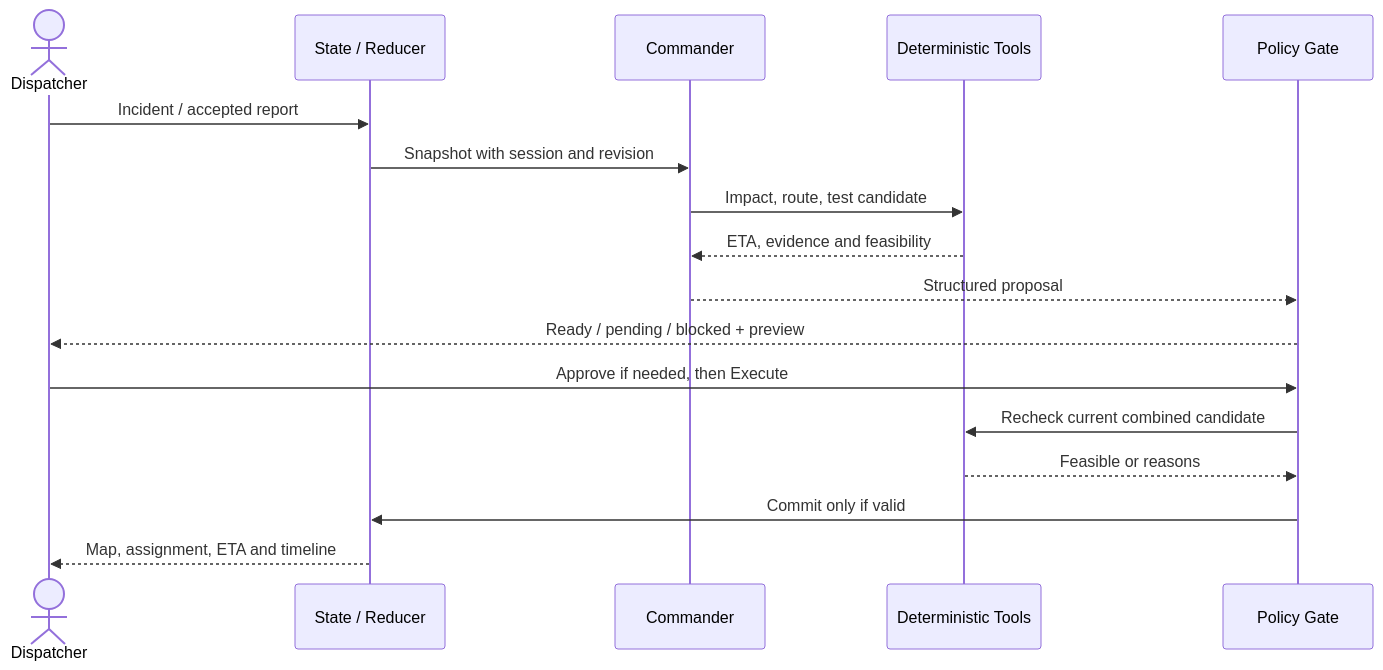
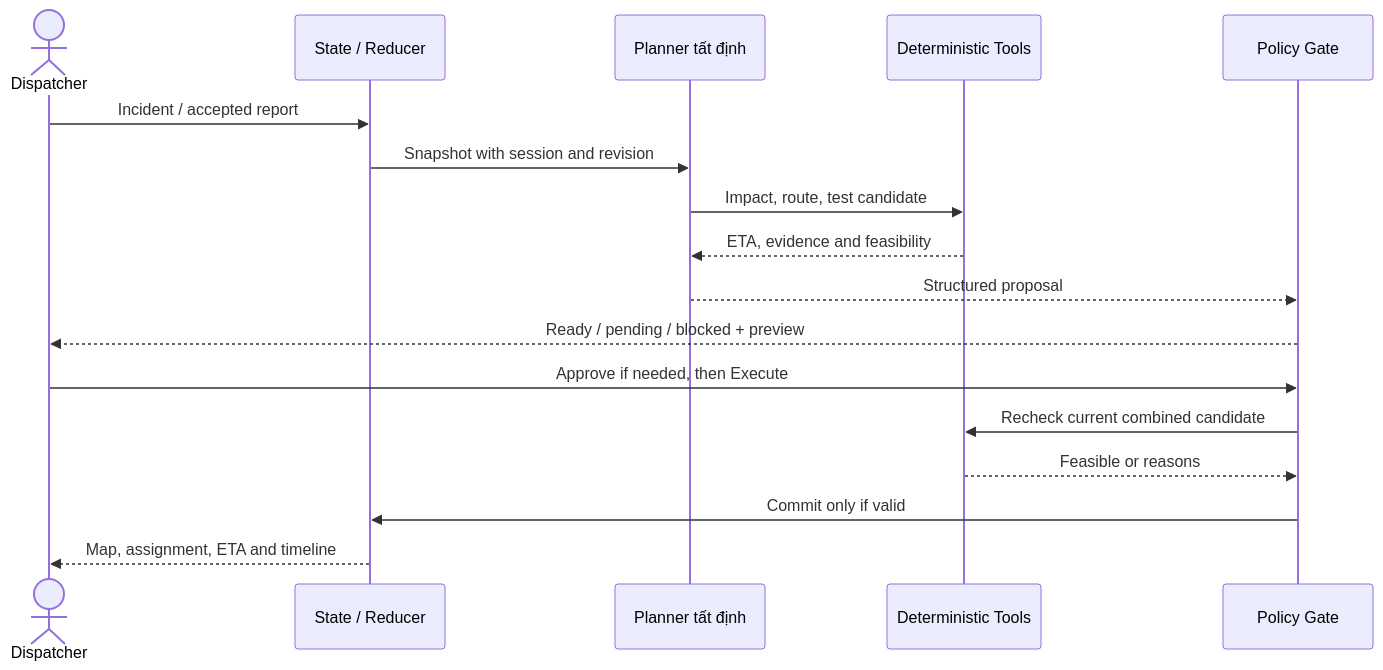
One commit to mncuchiinhuttt/floodops-application changed the seventh of 10 diagrams in FloodOps/prd.md. Above: the diagram before and after it, drawn with Mermaid. The commit also changed other lines of this file and 16 other files, not shown here.

````diff
--- a/FloodOps/prd.md
+++ b/FloodOps/prd.md
@@ -521,19 +683,19 @@
 ```mermaid
 sequenceDiagram
     actor D as Dispatcher
     participant S as State / Reducer
-    participant C as Commander
+    participant C as Planner tất định
     participant T as Deterministic Tools
     participant G as Policy Gate
     D->>S: Incident / accepted report
     S->>C: Snapshot with session and revision
     C->>T: Impact, route, test candidate
     T-->>C: ETA, evidence and feasibility
     C-->>G: Structured proposal
     G-->>D: Ready / pending / blocked + preview
     D->>G: Approve if needed, then Execute
     G->>T: Recheck current combined candidate
     T-->>G: Feasible or reasons
     G->>S: Commit only if valid
     S-->>D: Map, assignment, ETA and timeline
 ```
````
